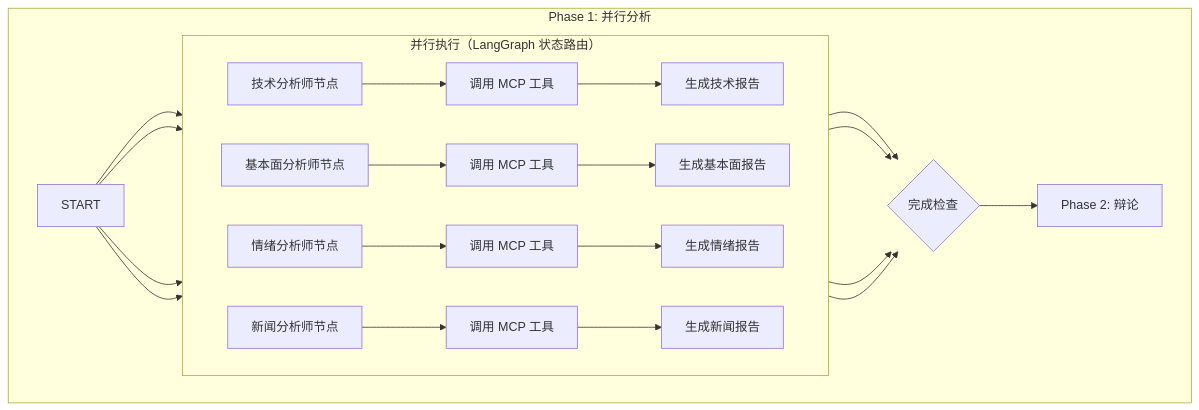
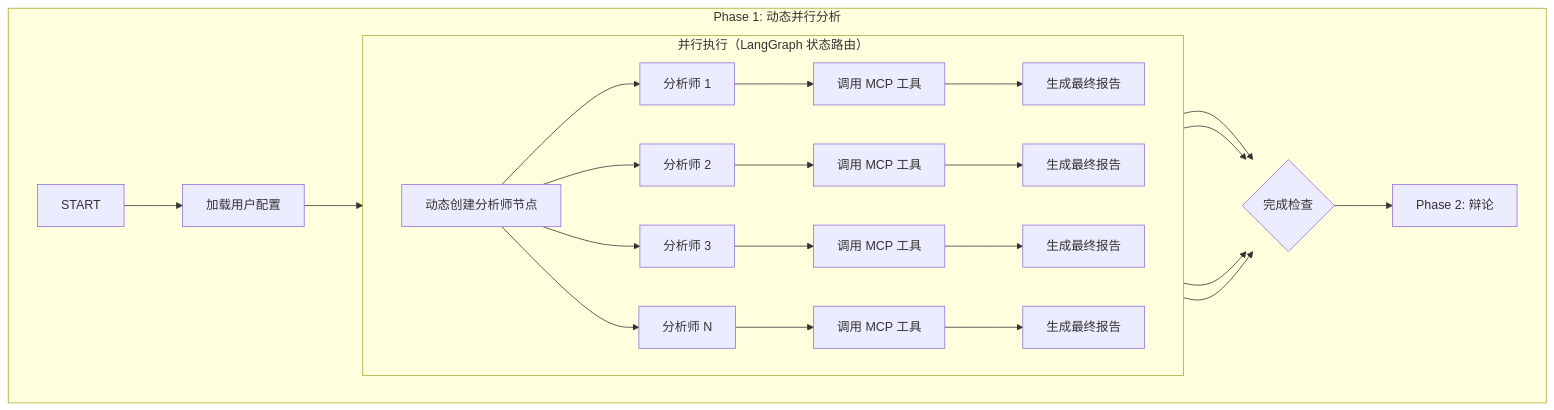
One commit to BG8CFB/StockAnalysis changed the second of 5 diagrams in docs/TradingAgents/TradingAgents业务流程.md. Above: the diagram before and after it, drawn with Mermaid. The commit also changed other lines of this file and 16 other files, not shown here.

````diff
--- a/docs/TradingAgents/TradingAgents业务流程.md
+++ b/docs/TradingAgents/TradingAgents业务流程.md
@@ -78,29 +85,32 @@
 ```mermaid
 graph TD
-    subgraph "Phase 1: 并行分析"
-        P1_Start[START] --> P1_Tech[技术分析师节点];
-        P1_Start --> P1_Fund[基本面分析师节点];
-        P1_Start --> P1_Senti[情绪分析师节点];
-        P1_Start --> P1_News[新闻分析师节点];
+    subgraph "Phase 1: 动态并行分析"
+        P1_Start[START] --> P1_Config[加载用户配置];
+        P1_Config --> P1_Dynamic[动态创建分析师节点];
 
         subgraph "并行执行（LangGraph 状态路由）"
             direction LR
-            P1_Tech --> P1_Tech_Tool[调用 MCP 工具];
-            P1_Fund --> P1_Fund_Tool[调用 MCP 工具];
-            P1_Senti --> P1_Senti_Tool[调用 MCP 工具];
-            P1_News --> P1_News_Tool[调用 MCP 工具];
+            P1_Dynamic --> P1_A1[分析师 1];
+            P1_Dynamic --> P1_A2[分析师 2];
+            P1_Dynamic --> P1_A3[分析师 3];
+            P1_Dynamic --> P1_An[分析师 N];
 
-            P1_Tech_Tool --> P1_Tech_Report[生成技术报告];
-            P1_Fund_Tool --> P1_Fund_Report[生成基本面报告];
-            P1_Senti_Tool --> P1_Senti_Report[生成情绪报告];
-            P1_News_Tool --> P1_News_Report[生成新闻报告];
+            P1_A1 --> P1_A1_Tool[调用 MCP 工具];
+            P1_A2 --> P1_A2_Tool[调用 MCP 工具];
+            P1_A3 --> P1_A3_Tool[调用 MCP 工具];
+            P1_An --> P1_An_Tool[调用 MCP 工具];
+
+            P1_A1_Tool --> P1_A1_Report[生成最终报告];
+            P1_A2_Tool --> P1_A2_Report[生成最终报告];
+            P1_A3_Tool --> P1_A3_Report[生成最终报告];
+            P1_An_Tool --> P1_An_Report[生成最终报告];
         end
 
-        P1_Tech_Report --> P1_Check{完成检查};
-        P1_Fund_Report --> P1_Check;
-        P1_Senti_Report --> P1_Check;
-        P1_News_Report --> P1_Check;
+        P1_A1_Report --> P1_Check{完成检查};
+        P1_A2_Report --> P1_Check;
+        P1_A3_Report --> P1_Check;
+        P1_An_Report --> P1_Check;
 
         P1_Check --> P1_Next[Phase 2: 辩论];
     end
 ```
````
